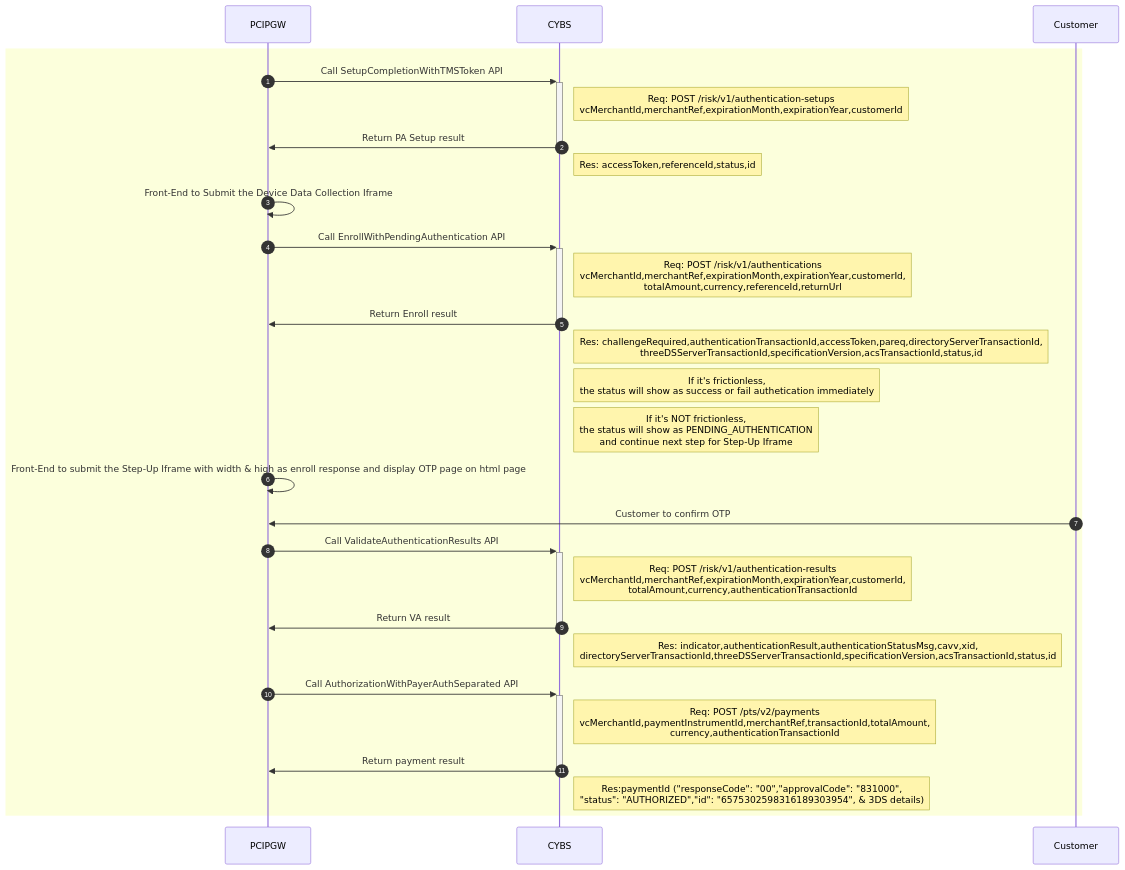
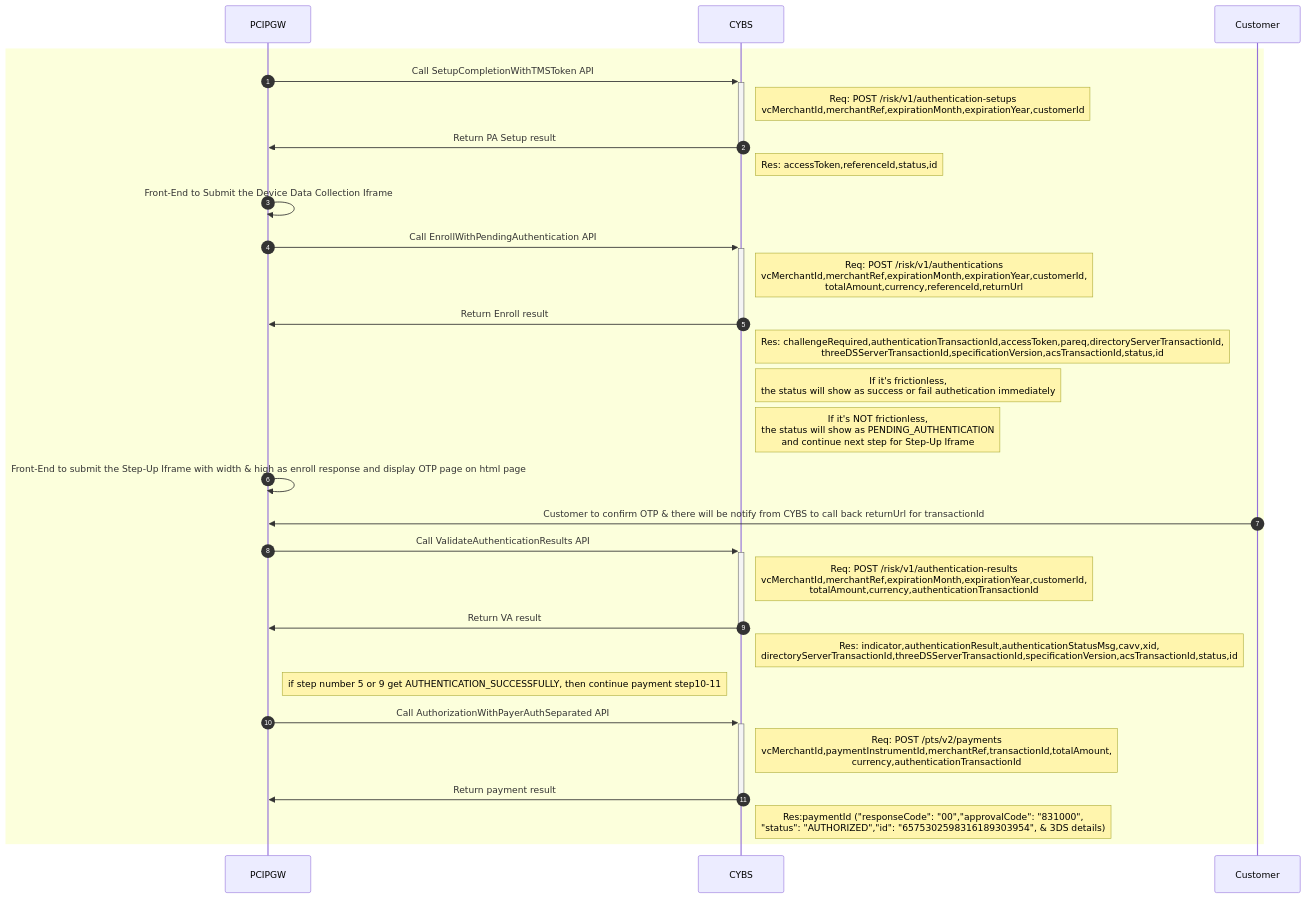
One commit to yuusuke25/MyNotes changed the fifth of 10 diagrams in Cybs-Ph2-Flow3.md. Above: the diagram before and after it, drawn with Mermaid. The commit also changed other lines of this file, not shown here.

````diff
--- a/Cybs-Ph2-Flow3.md
+++ b/Cybs-Ph2-Flow3.md
@@ -92,35 +92,36 @@
 ```mermaid
     sequenceDiagram
     autonumber
         rect rgb(252, 255, 220)
             PCIPGW->>+CYBS:Call SetupCompletionWithTMSToken API
             Note right of CYBS: Req: POST /risk/v1/authentication-setups<br>vcMerchantId,merchantRef,expirationMonth,expirationYear,customerId
             CYBS->>-PCIPGW:Return PA Setup result
             Note right of CYBS: Res: accessToken,referenceId,status,id
             
             PCIPGW->>PCIPGW: Front-End to Submit the Device Data Collection Iframe
             
             PCIPGW->>+CYBS:Call EnrollWithPendingAuthentication API
             Note right of CYBS: Req: POST /risk/v1/authentications<br>vcMerchantId,merchantRef,expirationMonth,expirationYear,customerId,<br>totalAmount,currency,referenceId,returnUrl
             CYBS->>-PCIPGW:Return Enroll result
             Note right of CYBS: Res: challengeRequired,authenticationTransactionId,accessToken,pareq,directoryServerTransactionId,<br>threeDSServerTransactionId,specificationVersion,acsTransactionId,status,id
             
             Note right of CYBS: If it's frictionless,<br> the status will show as success or fail authetication immediately
             
             Note right of CYBS: If it's NOT frictionless,<br> the status will show as PENDING_AUTHENTICATION<br> and continue next step for Step-Up Iframe
             
             PCIPGW->>PCIPGW: Front-End to submit the Step-Up Iframe with width & high as enroll response and display OTP page on html page
             
-            Customer->>PCIPGW: Customer to confirm OTP
+            Customer->>PCIPGW: Customer to confirm OTP & there will be notify from CYBS to call back returnUrl for transactionId
             
             PCIPGW->>+CYBS:Call ValidateAuthenticationResults API
             Note right of CYBS: Req: POST /risk/v1/authentication-results<br>vcMerchantId,merchantRef,expirationMonth,expirationYear,customerId,<br>totalAmount,currency,authenticationTransactionId
             CYBS->>-PCIPGW:Return VA result
             Note right of CYBS: Res: indicator,authenticationResult,authenticationStatusMsg,cavv,xid,<br>directoryServerTransactionId,threeDSServerTransactionId,specificationVersion,acsTransactionId,status,id
             
+            Note right of PCIPGW: if step number 5 or 9 get AUTHENTICATION_SUCCESSFULLY, then continue payment step10-11
             PCIPGW->>+CYBS:Call AuthorizationWithPayerAuthSeparated API
             Note right of CYBS: Req: POST /pts/v2/payments<br>vcMerchantId,paymentInstrumentId,merchantRef,transactionId,totalAmount,<br>currency,authenticationTransactionId
             CYBS->>-PCIPGW:Return payment result
             Note right of CYBS: Res:paymentId ("responseCode": "00","approvalCode": "831000",<BR>"status": "AUTHORIZED","id": "6575302598316189303954", & 3DS details)
         end
 ```
````
